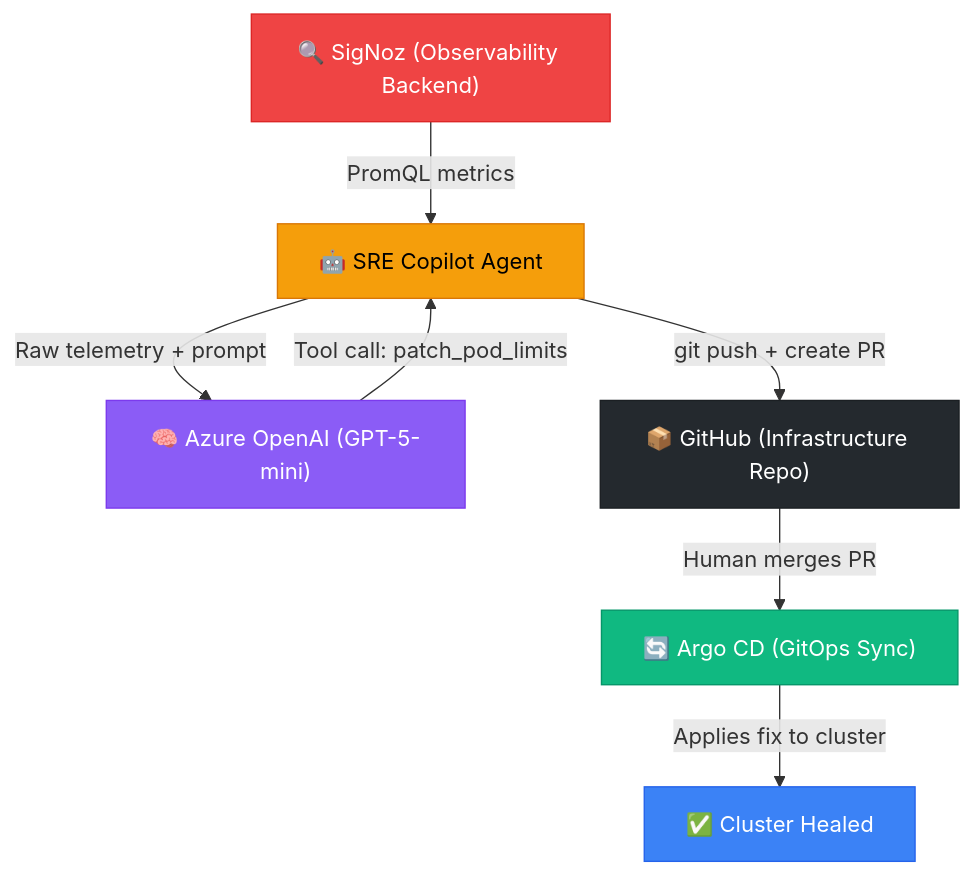
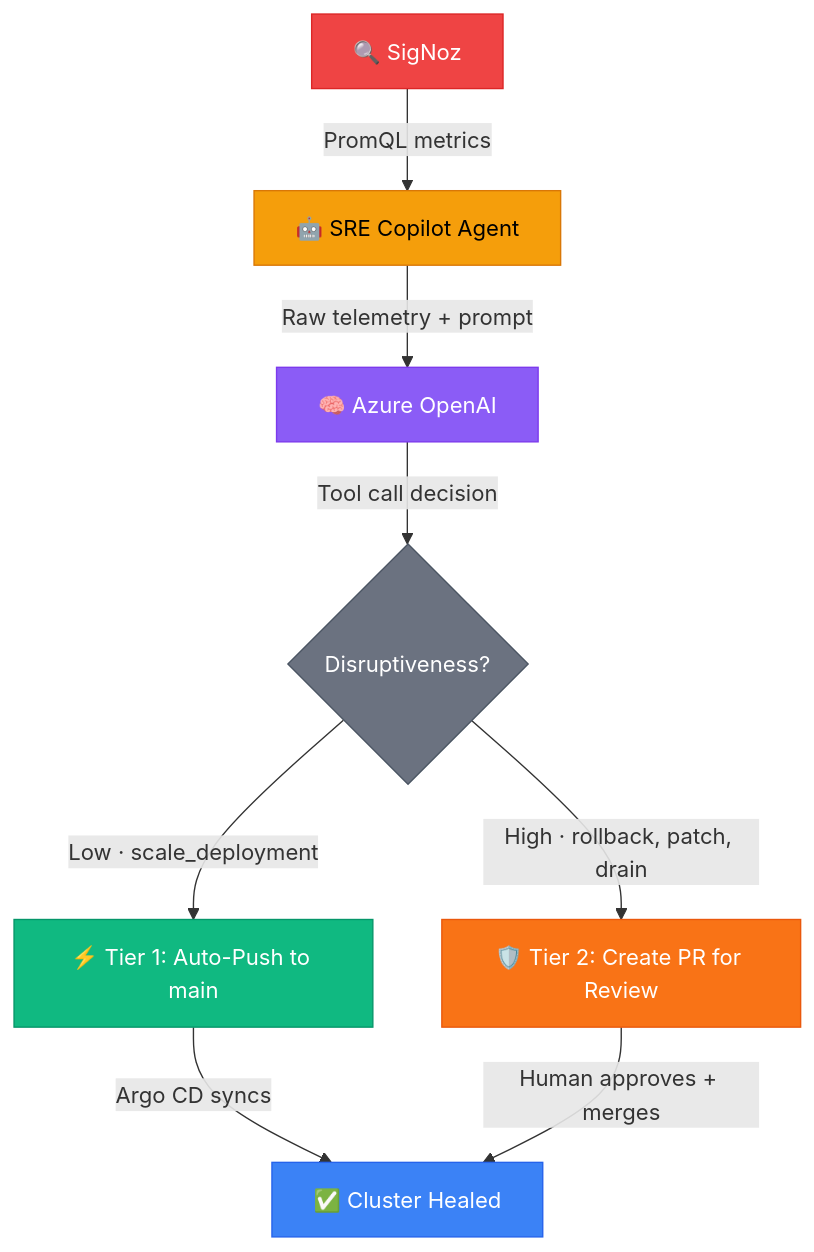
Before and after one commit to Shrinet82/aegis-observe: the diagram in README.md, drawn with Mermaid.

Commit message:
docs: Update architecture diagram to accurately reflect Tier 1 vs Tier 2 GitOps workflow

````diff
--- a/README.md
+++ b/README.md
@@ -44,16 +44,20 @@
 ```mermaid
 flowchart TD
-    A["🔍 SigNoz (Observability Backend)"] -->|"PromQL metrics"| B["🤖 SRE Copilot Agent"]
-    B -->|"Raw telemetry + prompt"| C["🧠 Azure OpenAI (GPT-5-mini)"]
-    C -->|"Tool call: patch_pod_limits"| B
-    B -->|"git push + create PR"| D["📦 GitHub (Infrastructure Repo)"]
-    D -->|"Human merges PR"| E["🔄 Argo CD (GitOps Sync)"]
-    E -->|"Applies fix to cluster"| F["✅ Cluster Healed"]
+    A["🔍 SigNoz"] -->|"PromQL metrics"| B["🤖 SRE Copilot Agent"]
+    B -->|"Raw telemetry + prompt"| C["🧠 Azure OpenAI"]
+    C -->|"Tool call decision"| D{"Disruptiveness?"}
+
+    D -->|"Low · scale_deployment"| T1["⚡ Tier 1: Auto-Push to main"]
+    D -->|"High · rollback, patch, drain"| T2["🛡️ Tier 2: Create PR for Review"]
+
+    T1 -->|"Argo CD syncs"| H["✅ Cluster Healed"]
+    T2 -->|"Human approves + merges"| H
 
     style A fill:#ef4444,stroke:#dc2626,color:#fff
     style B fill:#f59e0b,stroke:#d97706,color:#000
     style C fill:#8b5cf6,stroke:#7c3aed,color:#fff
-    style D fill:#24292e,stroke:#1b1f23,color:#fff
-    style E fill:#10b981,stroke:#059669,color:#fff
-    style F fill:#3b82f6,stroke:#2563eb,color:#fff
+    style D fill:#6b7280,stroke:#4b5563,color:#fff
+    style T1 fill:#10b981,stroke:#059669,color:#fff
+    style T2 fill:#f97316,stroke:#ea580c,color:#fff
+    style H fill:#3b82f6,stroke:#2563eb,color:#fff
 ```
````
